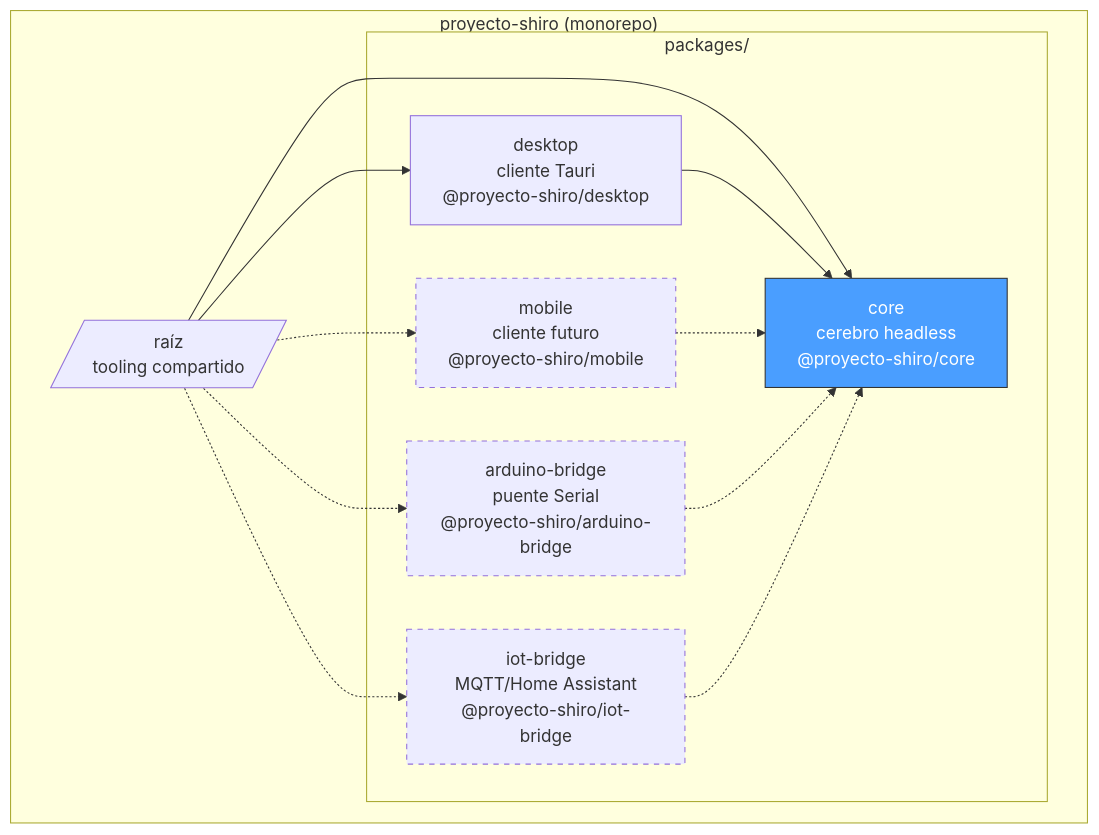
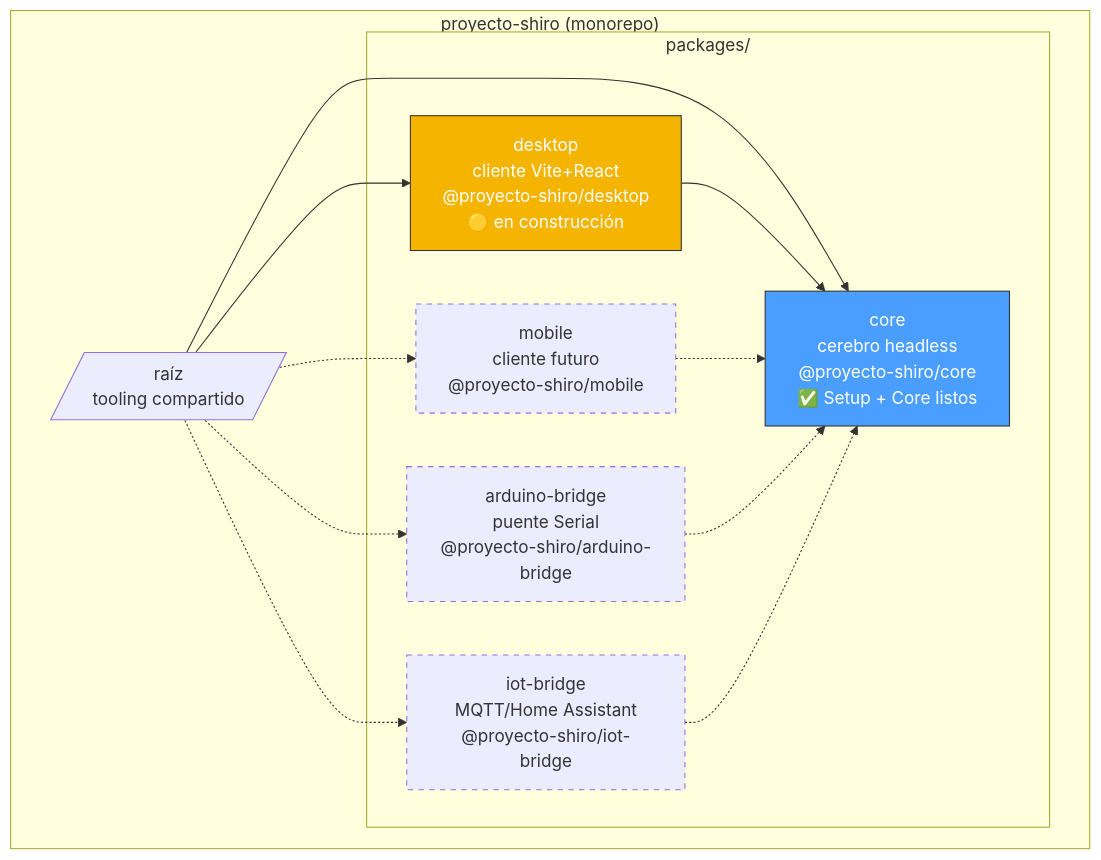
Before and after one commit to Pipelol0723/proyecto-shiro: the first of 4 diagrams in docs/architecture.md, drawn with Mermaid. The commit also changed other lines of this file and 3 other files, not shown here.

````diff
--- a/docs/architecture.md
+++ b/docs/architecture.md
@@ -20,30 +25,31 @@
 ```mermaid
 graph TB
     subgraph "proyecto-shiro (monorepo)"
         Root[/"raíz<br>tooling compartido"/]
 
         subgraph "packages/"
-            Core["core<br>cerebro headless<br>@proyecto-shiro/core"]
-            Desktop["desktop<br>cliente Tauri<br>@proyecto-shiro/desktop"]
+            Core["core<br>cerebro headless<br>@proyecto-shiro/core<br>✅ Setup + Core listos"]
+            Desktop["desktop<br>cliente Vite+React<br>@proyecto-shiro/desktop<br>🟡 en construcción"]
             Mobile["mobile<br>cliente futuro<br>@proyecto-shiro/mobile"]
             Arduino["arduino-bridge<br>puente Serial<br>@proyecto-shiro/arduino-bridge"]
             IoT["iot-bridge<br>MQTT/Home Assistant<br>@proyecto-shiro/iot-bridge"]
         end
 
         Root --> Core
         Root --> Desktop
         Root -.-> Mobile
         Root -.-> Arduino
         Root -.-> IoT
 
         Desktop --> Core
         Mobile -.-> Core
         Arduino -.-> Core
         IoT -.-> Core
     end
 
     style Core fill:#4a9eff,stroke:#333,color:#fff
+    style Desktop fill:#f4b400,stroke:#333,color:#fff
     style Mobile stroke-dasharray: 5 5
     style Arduino stroke-dasharray: 5 5
     style IoT stroke-dasharray: 5 5
 ```
````
